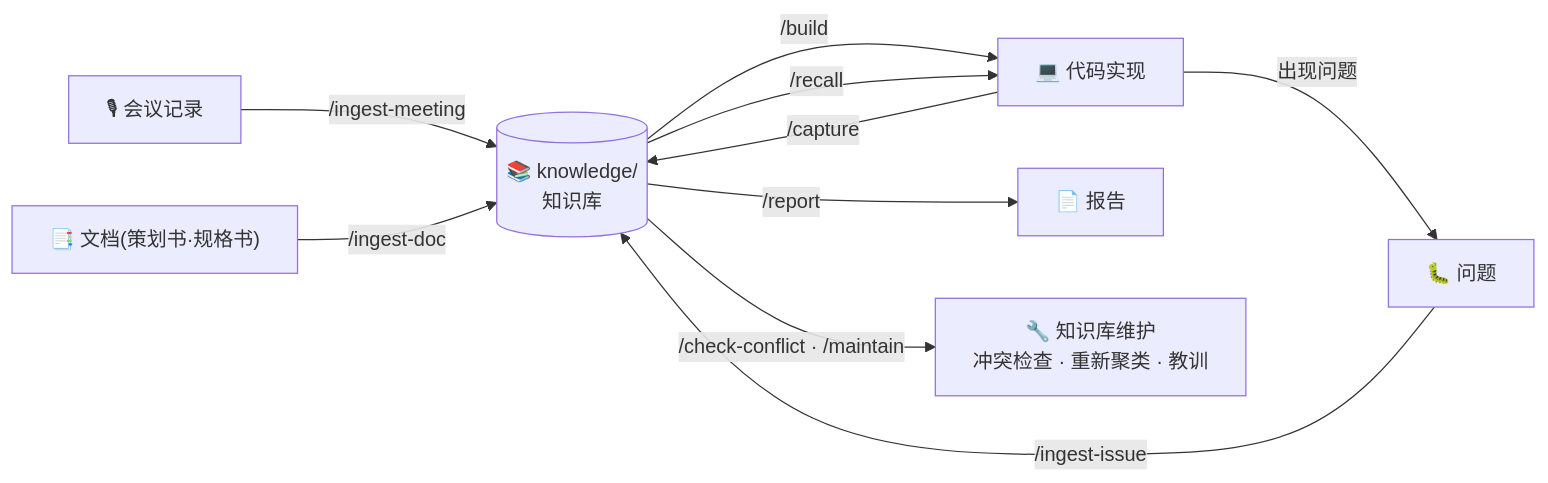
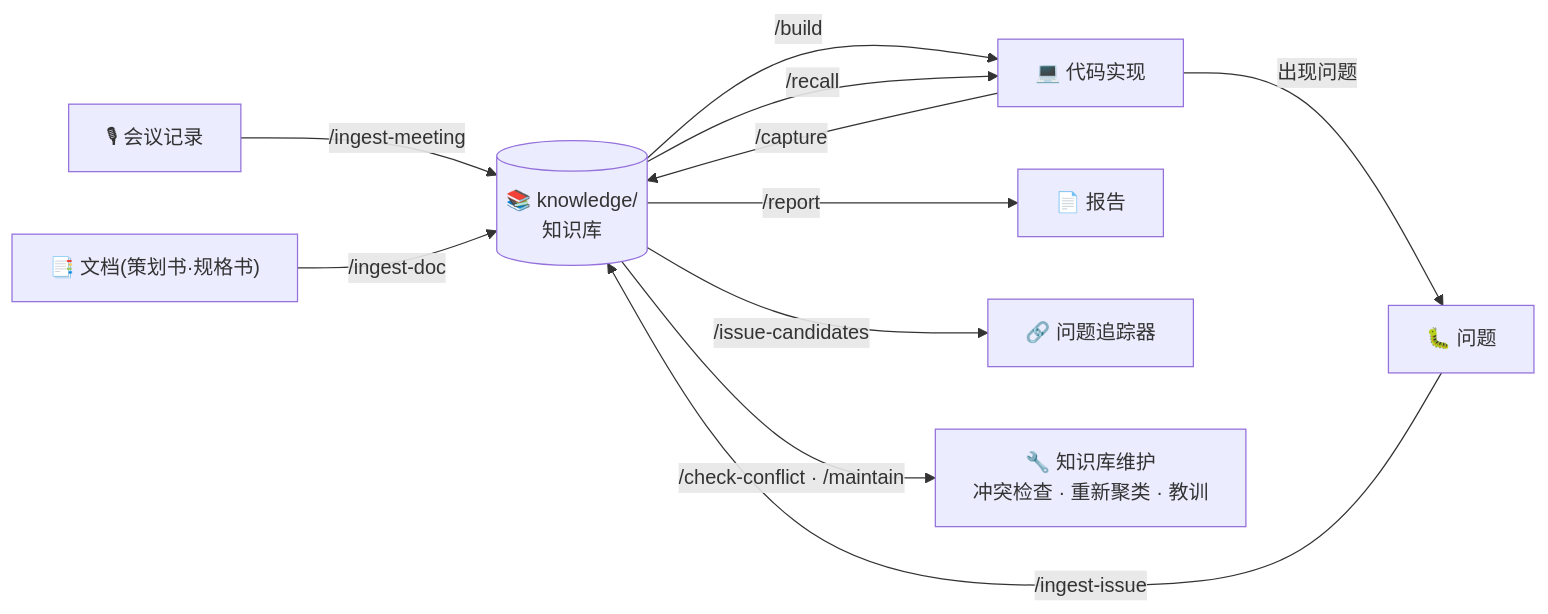
One commit to EM-H20/second-brain-template changed the second of 4 diagrams in README.md. Above: the diagram before and after it, drawn with Mermaid. The commit also changed other lines of this file and 11 other files, not shown here.

````diff
--- a/README.md
+++ b/README.md
@@ -354,12 +374,13 @@
 ```mermaid
 flowchart LR
     A["🎙 会议记录"] -->|"/ingest-meeting"| V[("📚 knowledge/<br/>知识库")]
     V -->|"/build"| C["💻 代码实现"]
     C -->|"出现问题"| I["🐛 问题"]
     I -->|"/ingest-issue"| V
     V -->|"/report"| R["📄 报告"]
+    V -->|"/issue-candidates"| G["🔗 问题追踪器"]
     D2["📑 文档(策划书·规格书)"] -->|"/ingest-doc"| V
     V -->|"/check-conflict · /maintain"| M["🔧 知识库维护<br/>冲突检查 · 重新聚类 · 教训"]
     C -->|"/capture"| V
     V -->|"/recall"| C
 ```
````
